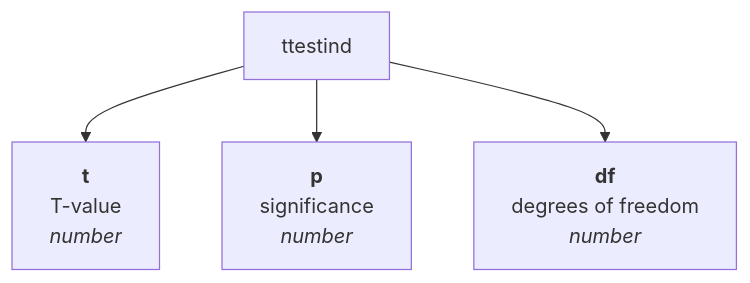
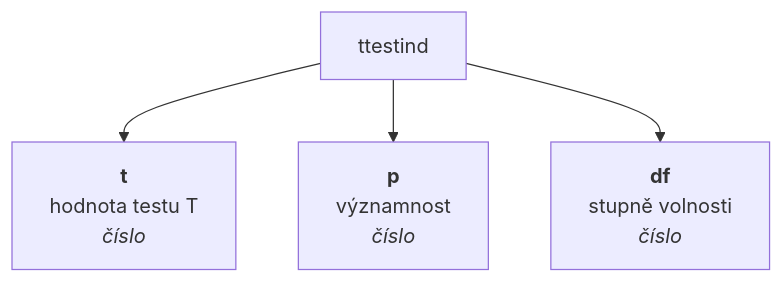
The third of 5 diagrams in md-test.md (muzikp/retusa), drawn with Mermaid before and after one commit. The commit also changed other lines of this file and 2 other files, not shown here.

````diff
--- a/md-test.md
+++ b/md-test.md
@@ -126,7 +179,7 @@
 ```mermaid
 graph TD
-ttestind --> t[<b>t</b><br>T-value <br><i>number</i>]
-ttestind --> p[<b>p</b><br>significance <br><i>number</i>]
-ttestind --> df[<b>df</b><br>degrees of freedom <br><i>number</i>]
+ttestind --> t[<b>t</b><br>hodnota testu T <br><i>číslo</i>]
+ttestind --> p[<b>p</b><br>významnost <br><i>číslo</i>]
+ttestind --> df[<b>df</b><br>stupně volnosti <br><i>číslo</i>]
 
 ```
````
